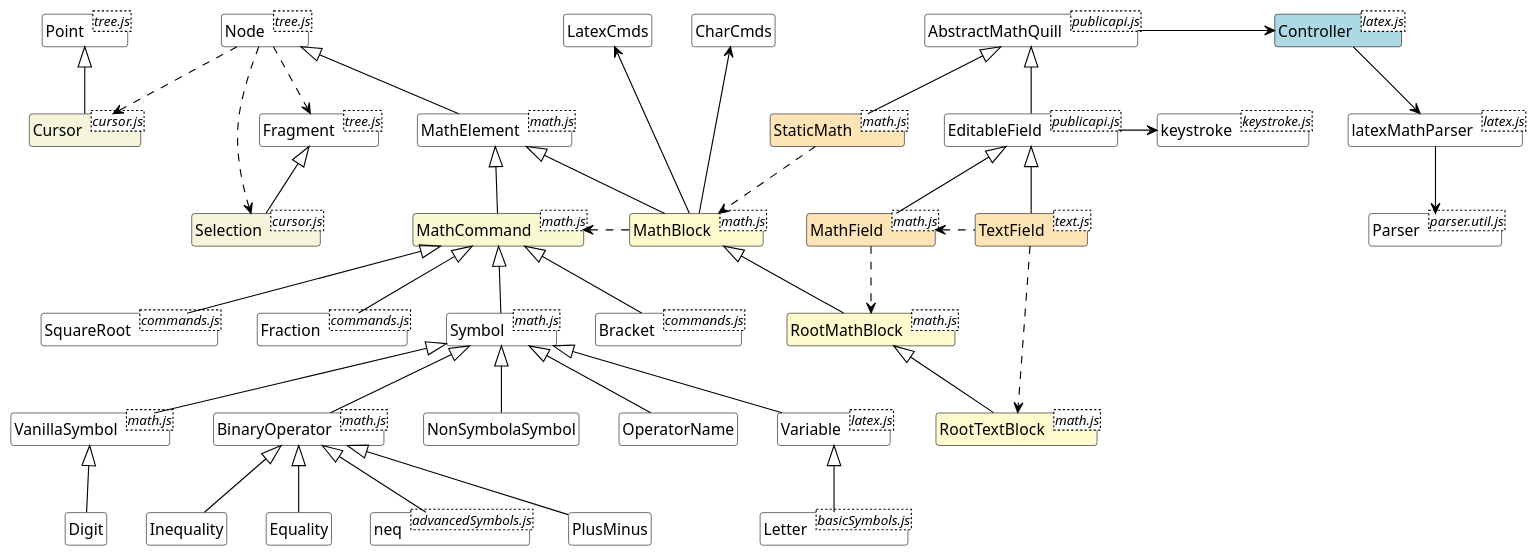
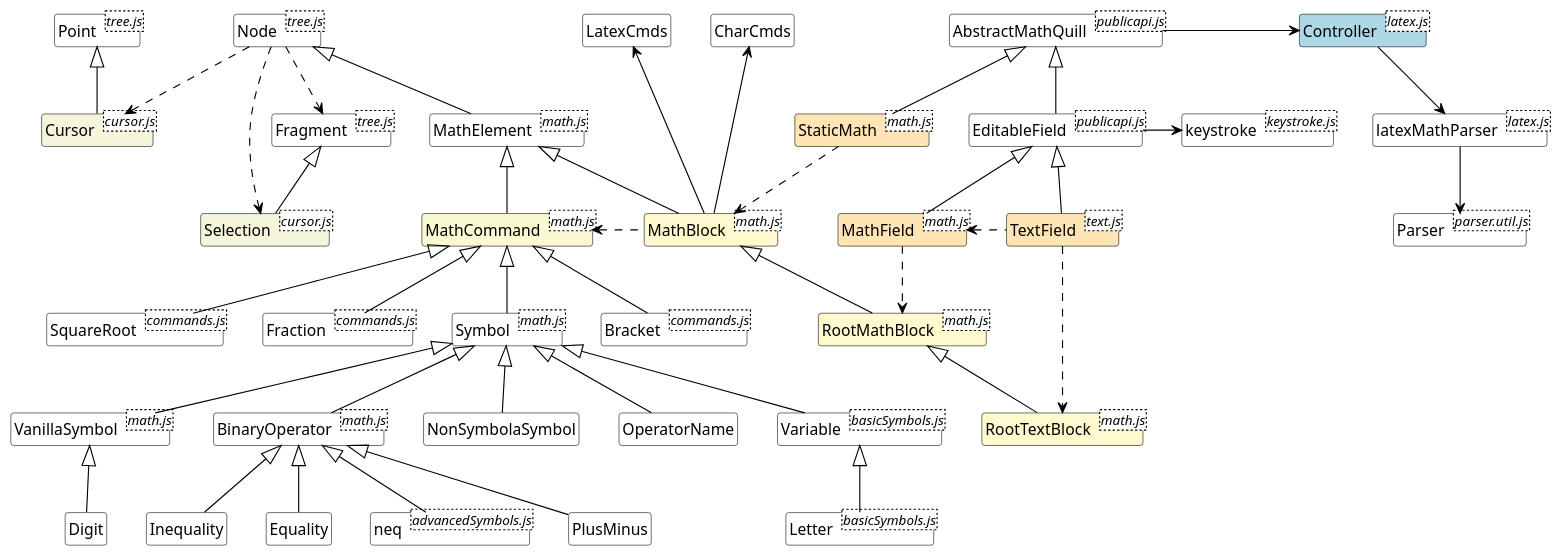
The diagram in docs/mathquill.puml (urneo/mathquill), drawn with PlantUML before and after one commit. The commit also changed 1 other file, not shown here.

```diff
--- a/docs/mathquill.puml
+++ b/docs/mathquill.puml
@@ -52,7 +52,7 @@
 latexMathParser --> Parser
 
 Letter -u-|> Variable
-class Variable <latex.js>
+class Variable <basicSymbols.js>
 class Letter <basicSymbols.js>
 
 Selection -u-|> Fragment
```
